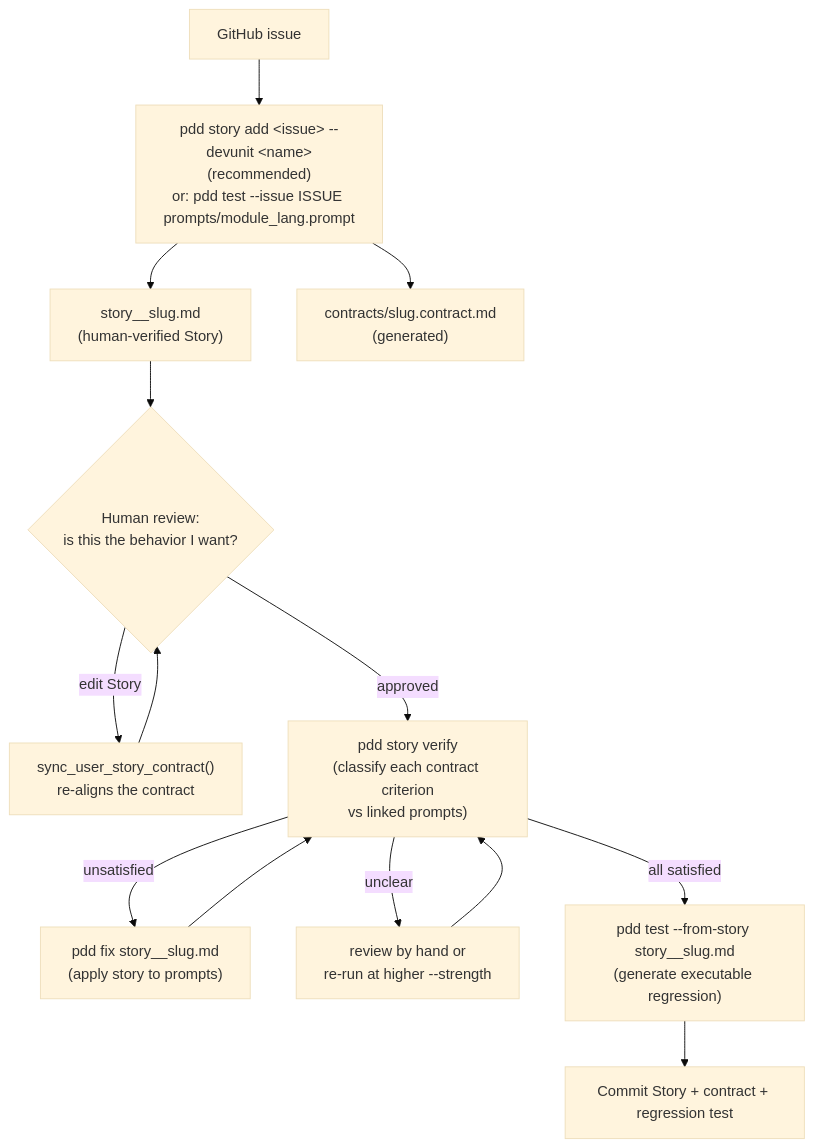
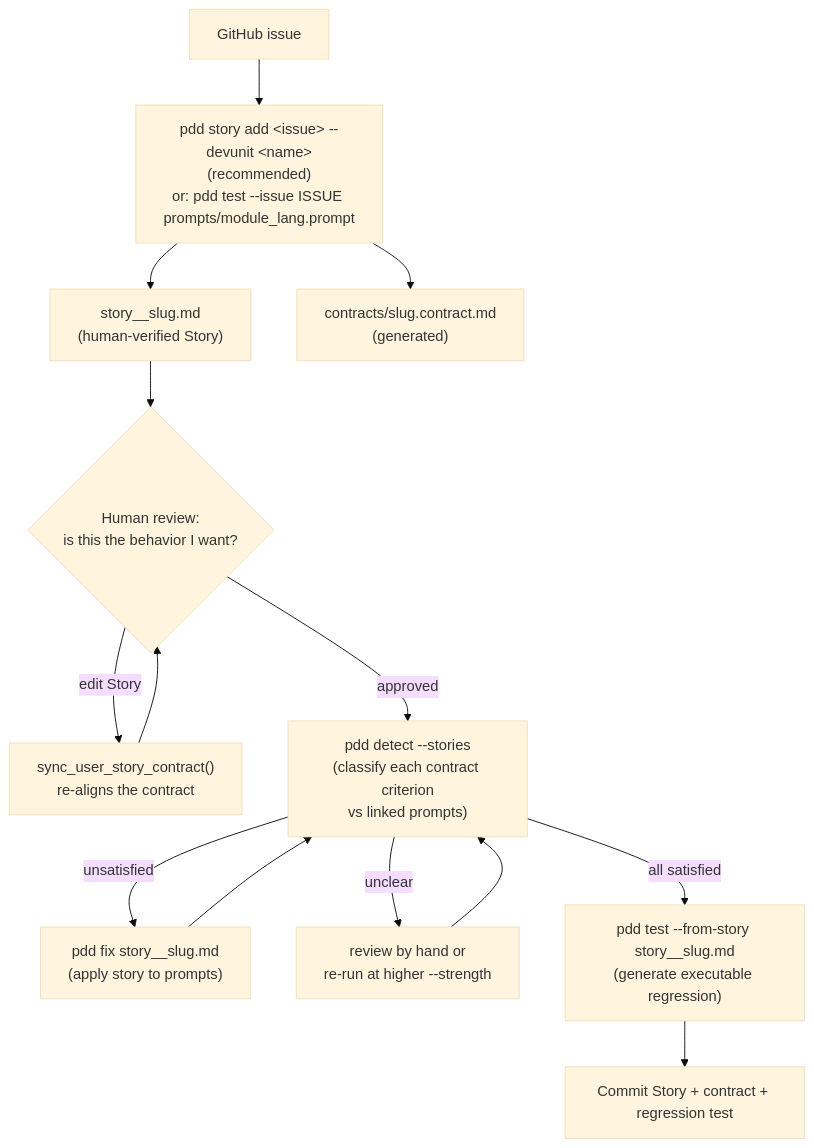
The diagram in docs/generating_user_stories.md (promptdriven/pdd), drawn with Mermaid (base theme) before and after one commit. The commit also changed other lines of this file and 3 other files, not shown here.

First line of the commit message:
revert: drop `pdd story verify`, keep the engine swap alone

````diff
--- a/docs/generating_user_stories.md
+++ b/docs/generating_user_stories.md
@@ -52,16 +52,16 @@
 ```mermaid
 flowchart TD
     A[GitHub issue] --> B["pdd story add &lt;issue&gt; --devunit &lt;name&gt;<br/>(recommended)<br/>or: pdd test --issue ISSUE prompts/module_lang.prompt"]
     B --> C["story__slug.md<br/>(human-verified Story)"]
     B --> D["contracts/slug.contract.md<br/>(generated)"]
     C --> E{"Human review:<br/>is this the behavior I want?"}
     E -- edit Story --> F["sync_user_story_contract()<br/>re-aligns the contract"]
     F --> E
-    E -- approved --> G["pdd story verify<br/>(classify each contract criterion<br/>vs linked prompts)"]
+    E -- approved --> G["pdd detect --stories<br/>(classify each contract criterion<br/>vs linked prompts)"]
     G -- unsatisfied --> H["pdd fix story__slug.md<br/>(apply story to prompts)"]
     H --> G
     G -- unclear --> K["review by hand or<br/>re-run at higher --strength"]
     K --> G
     G -- all satisfied --> I["pdd test --from-story story__slug.md<br/>(generate executable regression)"]
     I --> J[Commit Story + contract + regression test]
 ```
````
